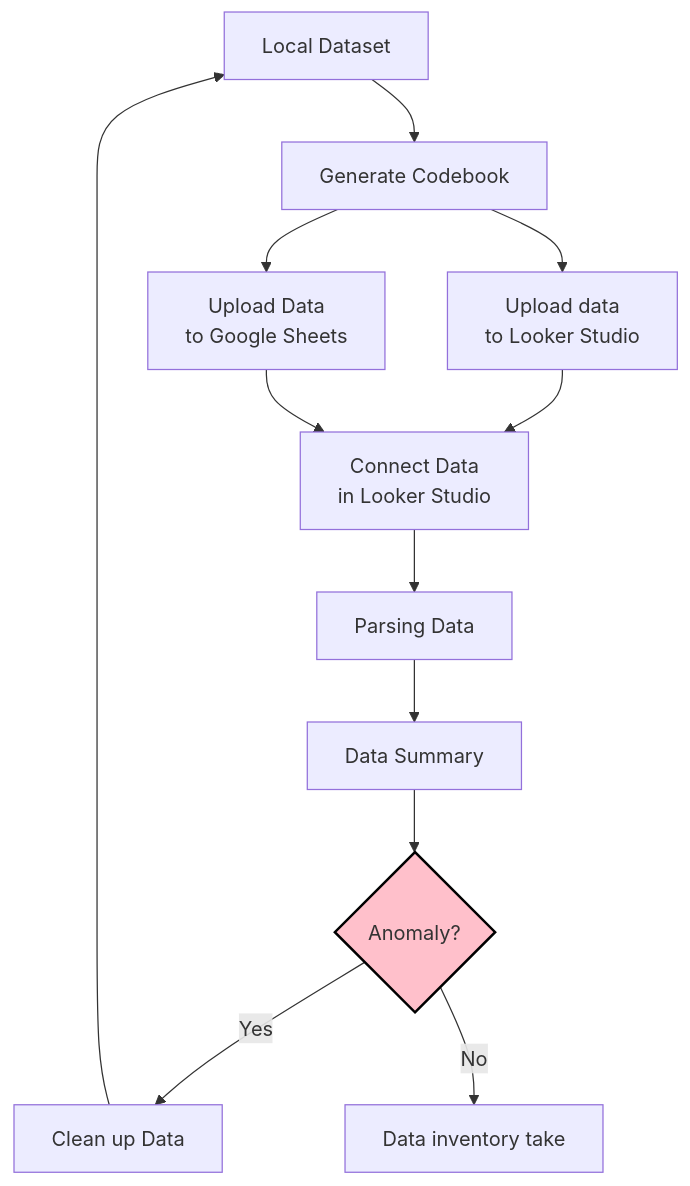
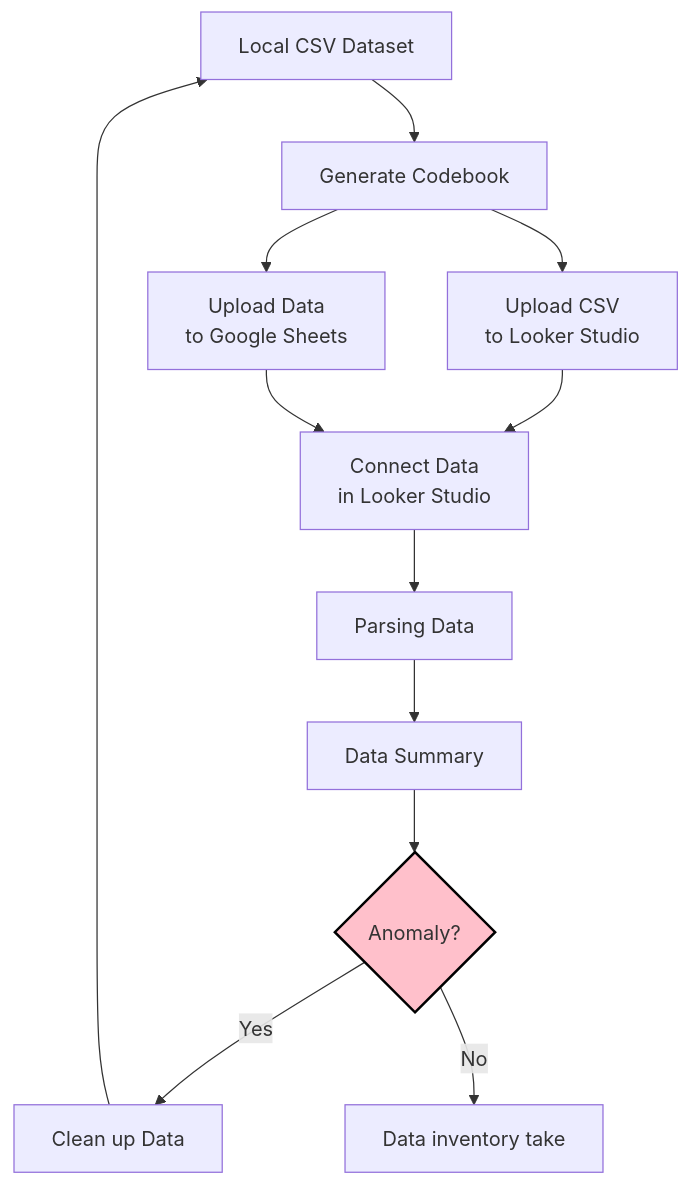
The diagram in Lecture-notes/09-tidy-data.md (tpemartin/113-2-data-visualization), drawn with Mermaid before and after one commit. The commit also changed other lines of this file and 1 other file, not shown here.

````diff
--- a/Lecture-notes/09-tidy-data.md
+++ b/Lecture-notes/09-tidy-data.md
@@ -5,20 +5,20 @@
 ```mermaid
 flowchart TD
   classDef pink fill:#FFC0CB,stroke:#000,stroke-width:2px;
-  A["Local Dataset"] --> B["Generate Codebook"]
-  B --> B2["Upload data 
+  A["Local CSV Dataset"] --> B["Generate Codebook"]
+  B --> B2["Upload CSV 
   to Looker Studio"]
   B --> C["Upload Data 
   to Google Sheets"]
   B2 --> D
   C --> D["Connect Data 
   in Looker Studio"]
   D --> D2["Parsing Data"]
   D2 --> E["Data Summary"]
   E --> F{"Anomaly?"}
   F -- Yes --> G["Clean up Data"]
   G --> A
   F -- No --> H["Data inventory take"]
 
   class F pink;
 ```
````
